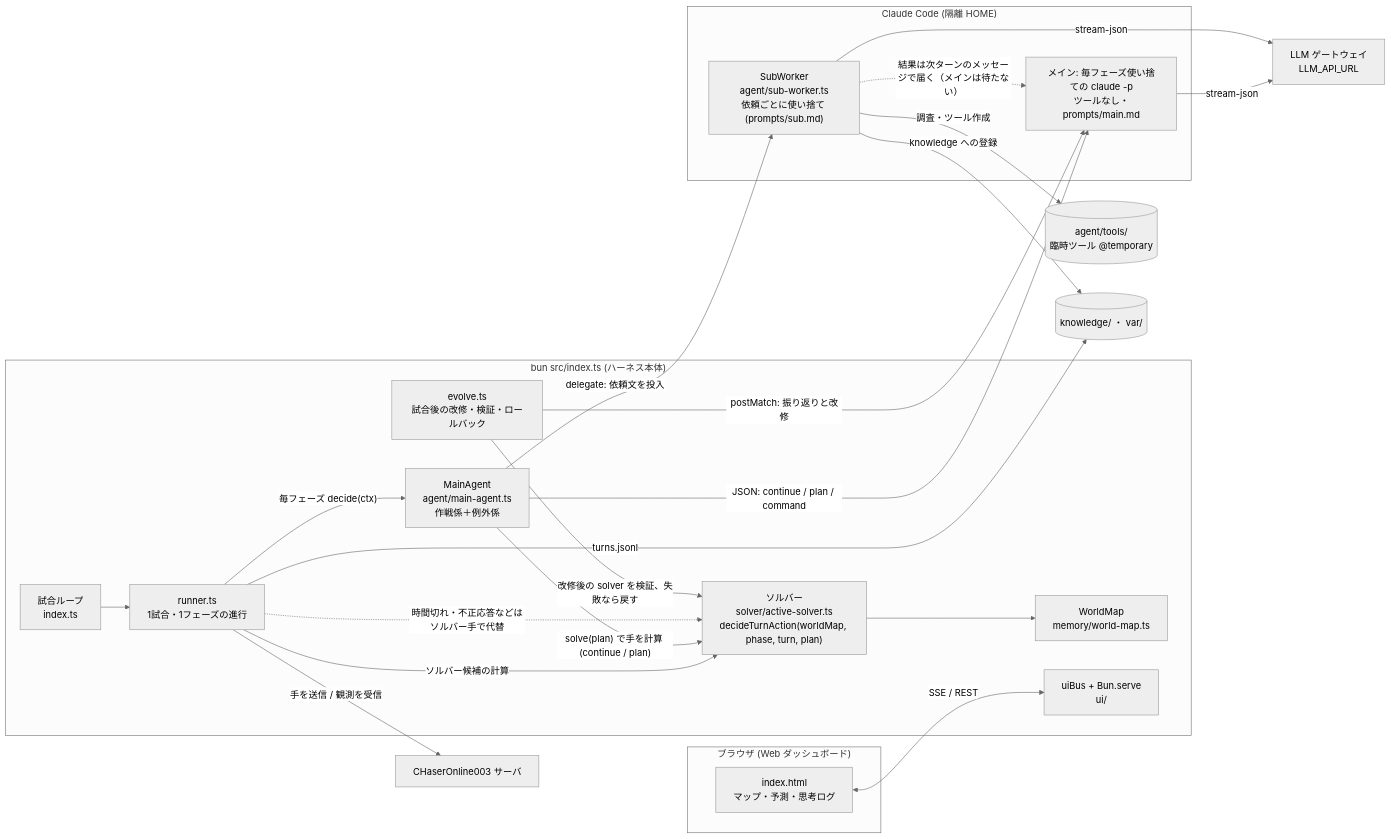
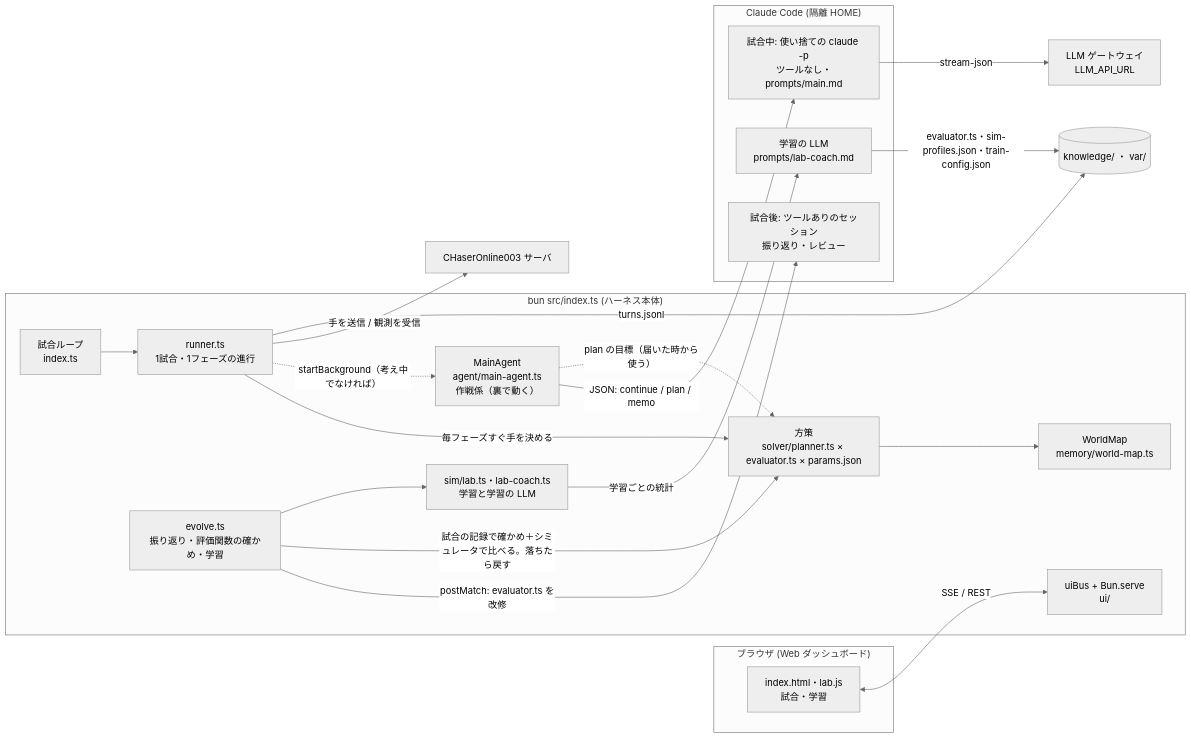
Before and after one commit to CHACCHAN/chaser-online-llm: the diagram in docs/architecture.md, drawn with Mermaid (neutral theme). The commit also changed other lines of this file and 13 other files, not shown here.

First line of the commit message:
仕様書・説明書を今の仕組みに合わせる（サブエージェント・LLM を待って打つモード・古いソルバーの記述を外し、試合後は評価関数だけを直して試合の記録とシミュレータで確かめる流れに。verify-policy、設定の「詳しい設定」と「使われなくなった項目」）。play の --solver-only を --no-llm に（前の名前も可）。SETUP/SELF_CHECK v57

````diff
--- a/docs/architecture.md
+++ b/docs/architecture.md
@@ -9,45 +9,43 @@
 ```mermaid
 flowchart LR
   subgraph Browser["ブラウザ (Web ダッシュボード)"]
-    UI["index.html<br/>マップ・予測・思考ログ"]
+    UI["index.html・lab.js<br/>試合・学習"]
   end
 
   subgraph App["bun src/index.ts (ハーネス本体)"]
     Loop["試合ループ<br/>index.ts"]
     Runner["runner.ts<br/>1試合・1フェーズの進行"]
-    Main["MainAgent<br/>agent/main-agent.ts<br/>作戦係＋例外係"]
-    Solver["ソルバー<br/>solver/active-solver.ts<br/>decideTurnAction(worldMap, phase, turn, plan)"]
+    Policy["方策<br/>solver/planner.ts × evaluator.ts × params.json"]
+    Main["MainAgent<br/>agent/main-agent.ts<br/>作戦係（裏で動く）"]
     World["WorldMap<br/>memory/world-map.ts"]
-    Evolve["evolve.ts<br/>試合後の改修・検証・ロールバック"]
+    Evolve["evolve.ts<br/>振り返り・評価関数の確かめ・学習"]
+    Lab["sim/lab.ts・lab-coach.ts<br/>学習と学習の LLM"]
     Bus["uiBus + Bun.serve<br/>ui/"]
   end
 
   subgraph Claude["Claude Code (隔離 HOME)"]
-    MainSess["メイン: 毎フェーズ使い捨ての claude -p<br/>ツールなし・prompts/main.md"]
-    SubW["SubWorker<br/>agent/sub-worker.ts<br/>依頼ごとに使い捨て (prompts/sub.md)"]
+    MainSess["試合中: 使い捨ての claude -p<br/>ツールなし・prompts/main.md"]
+    Post["試合後: ツールありのセッション<br/>振り返り・レビュー"]
+    Coach["学習の LLM<br/>prompts/lab-coach.md"]
   end
 
-  Tools[("agent/tools/<br/>臨時ツール @temporary")]
   FS[("knowledge/ ・ var/")]
   CHS["CHaserOnline003 サーバ"]
   GW["LLM ゲートウェイ<br/>LLM_API_URL"]
 
   UI <-- "SSE / REST" --> Bus
   Loop --> Runner
-  Runner -- "毎フェーズ decide(ctx)" --> Main
-  Runner -- "ソルバー候補の計算" --> Solver
-  Main -- "solve(plan) で手を計算 (continue / plan)" --> Solver
-  Solver --> World
-  Main -- "JSON: continue / plan / command" --> MainSess
-  Main -- "delegate: 依頼文を投入" --> SubW
-  SubW -. "結果は次ターンのメッセージで届く（メインは待たない）" .-> MainSess
-  SubW -- "調査・ツール作成" --> Tools
-  SubW -- "knowledge への登録" --> FS
+  Runner -- "毎フェーズすぐ手を決める" --> Policy
+  Policy --> World
+  Runner -. "startBackground（考え中でなければ）" .-> Main
+  Main -- "JSON: continue / plan / memo" --> MainSess
+  Main -. "plan の目標（届いた時から使う）" .-> Policy
   MainSess -- "stream-json" --> GW
-  SubW -- "stream-json" --> GW
   Runner -- "手を送信 / 観測を受信" --> CHS
-  Runner -. "時間切れ・不正応答などはソルバー手で代替" .-> Solver
   Runner -- "turns.jsonl" --> FS
-  Evolve -- "postMatch: 振り返りと改修" --> MainSess
-  Evolve -- "改修後の solver を検証、失敗なら戻す" --> Solver
+  Evolve -- "postMatch: evaluator.ts を改修" --> Post
+  Evolve -- "試合の記録で確かめ＋シミュレータで比べる。落ちたら戻す" --> Policy
+  Evolve --> Lab
+  Lab -- "学習ごとの統計" --> Coach
+  Coach -- "evaluator.ts・sim-profiles.json・train-config.json" --> FS
 ```
````
